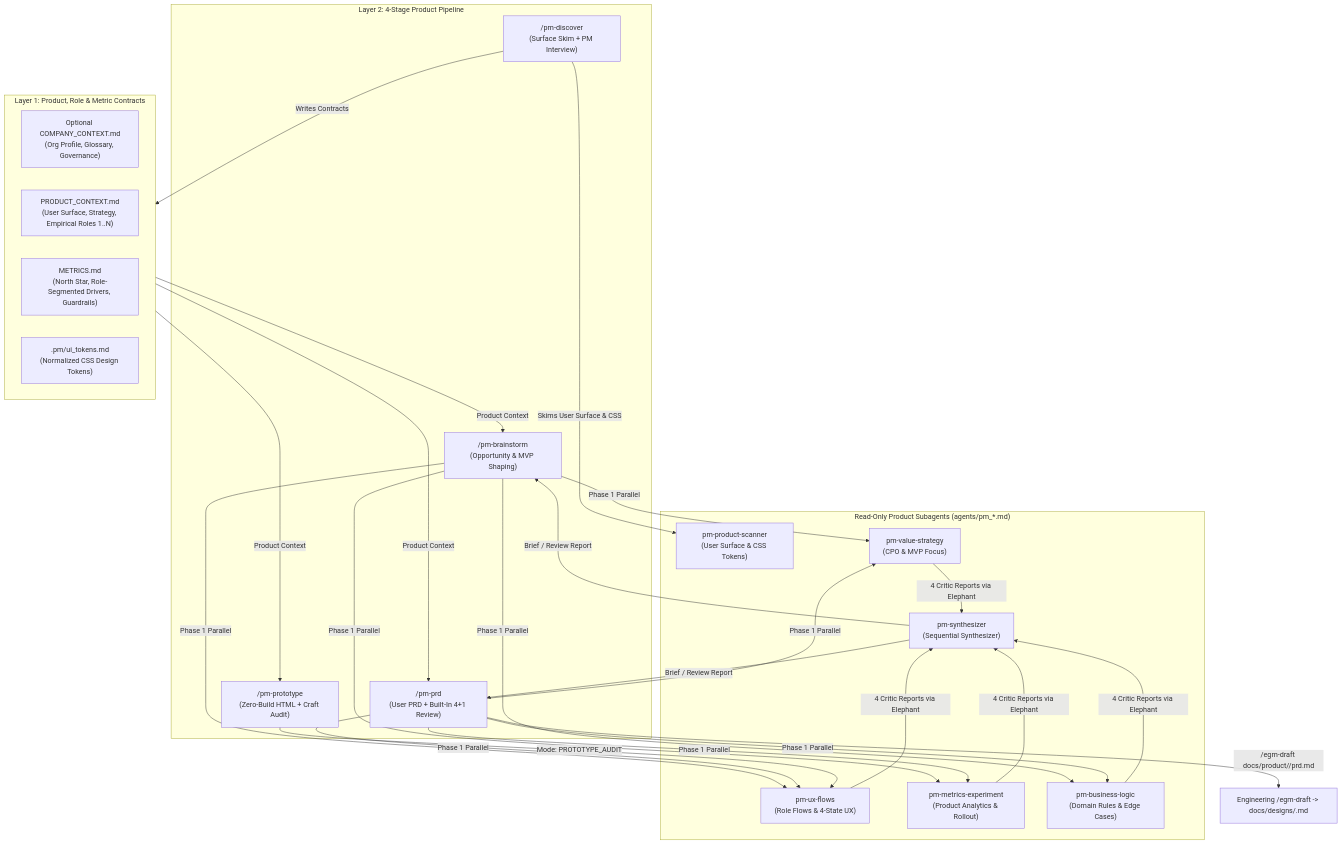
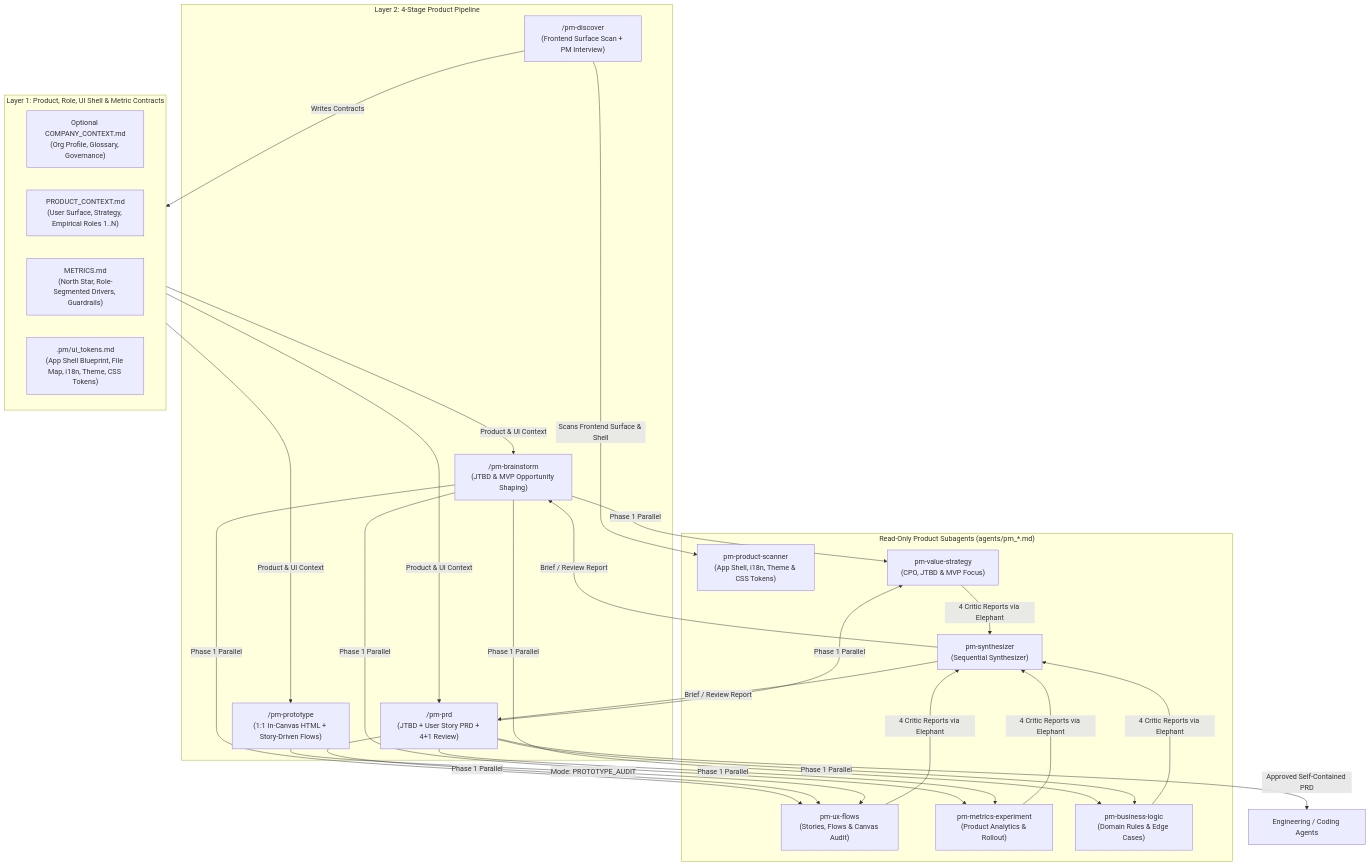
One commit to Meddelin/egm-product changed the diagram in docs/designs/egm-product.md. Above: the diagram before and after it, drawn with Mermaid. The commit also changed other lines of this file and 40 other files, not shown here.

Commit message:
feat: release v0.5.0 with JTBD/User Stories, 1:1 product-canvas prototypes, and story-driven states

````diff
--- a/docs/designs/egm-product.md
+++ b/docs/designs/egm-product.md
@@ -39,34 +39,34 @@
 ```mermaid
 flowchart TD
-    subgraph Layer1["Layer 1: Product, Role & Metric Contracts"]
+    subgraph Layer1["Layer 1: Product, Role, UI Shell & Metric Contracts"]
         CC["Optional COMPANY_CONTEXT.md\n(Org Profile, Glossary, Governance)"]
         PC["PRODUCT_CONTEXT.md\n(User Surface, Strategy, Empirical Roles 1..N)"]
         MET["METRICS.md\n(North Star, Role-Segmented Drivers, Guardrails)"]
-        TOK[".pm/ui_tokens.md\n(Normalized CSS Design Tokens)"]
+        TOK[".pm/ui_tokens.md\n(App Shell Blueprint, File Map, i18n, Theme, CSS Tokens)"]
     end
 
     subgraph Layer2["Layer 2: 4-Stage Product Pipeline"]
-        S1["/pm-discover\n(Surface Skim + PM Interview)"]
-        S2["/pm-brainstorm\n(Opportunity & MVP Shaping)"]
-        S3["/pm-prd\n(User PRD + Built-In 4+1 Review)"]
-        S4["/pm-prototype\n(Zero-Build HTML + Craft Audit)"]
+        S1["/pm-discover\n(Frontend Surface Scan + PM Interview)"]
+        S2["/pm-brainstorm\n(JTBD & MVP Opportunity Shaping)"]
+        S3["/pm-prd\n(JTBD + User Story PRD + 4+1 Review)"]
+        S4["/pm-prototype\n(1:1 In-Canvas HTML + Story-Driven Flows)"]
     end
 
     subgraph Subagents["Read-Only Product Subagents (agents/pm_*.md)"]
-        SCAN["pm-product-scanner\n(User Surface & CSS Tokens)"]
-        G1["pm-value-strategy\n(CPO & MVP Focus)"]
-        G2["pm-ux-flows\n(Role Flows & 4-State UX)"]
+        SCAN["pm-product-scanner\n(App Shell, i18n, Theme & CSS Tokens)"]
+        G1["pm-value-strategy\n(CPO, JTBD & MVP Focus)"]
+        G2["pm-ux-flows\n(Stories, Flows & Canvas Audit)"]
         G3["pm-metrics-experiment\n(Product Analytics & Rollout)"]
         G4["pm-business-logic\n(Domain Rules & Edge Cases)"]
         SYN["pm-synthesizer\n(Sequential Synthesizer)"]
     end
 
-    S1 -->|Skims User Surface & CSS| SCAN
+    S1 -->|Scans Frontend Surface & Shell| SCAN
     S1 -->|Writes Contracts| Layer1
-    Layer1 -->|Product Context| S2 & S3 & S4
+    Layer1 -->|Product & UI Context| S2 & S3 & S4
     S2 & S3 -->|Phase 1 Parallel| G1 & G2 & G3 & G4
     G1 & G2 & G3 & G4 -->|4 Critic Reports via Elephant| SYN
     SYN -->|Brief / Review Report| S2 & S3
     S4 -->|Mode: PROTOTYPE_AUDIT| G2
-    S3 -->|/egm-draft docs/product/<slug>/prd.md| EGM["Engineering /egm-draft -> docs/designs/<slug>.md"]
+    S3 -->|Approved Self-Contained PRD| ENG["Engineering / Coding Agents"]
 ```
````
